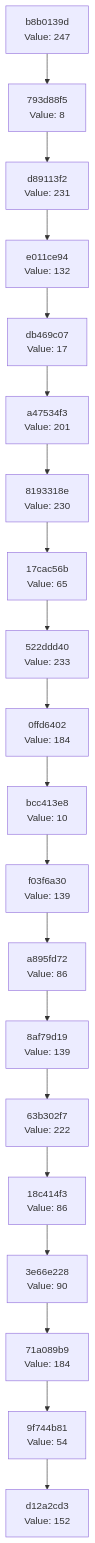
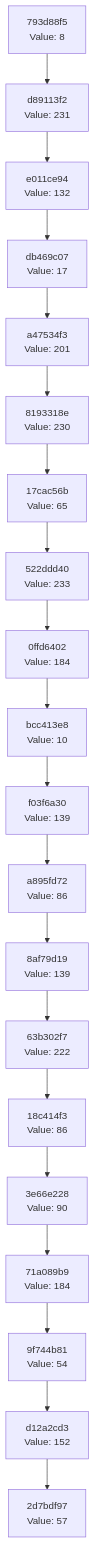
One commit to Abhisheksinha1506/hash-chain-evolver changed the diagram in docs/CHAIN_VISUALIZATION.md. Above: the diagram before and after it, drawn with Mermaid. The commit also changed 2 other files, not shown here.

Commit message:
Evolution Step

````diff
--- a/docs/CHAIN_VISUALIZATION.md
+++ b/docs/CHAIN_VISUALIZATION.md
@@ -3,42 +3,42 @@
 ```mermaid
 graph TD
-    C0["d12a2cd3<br/>Value: 152"]
-    C1["9f744b81<br/>Value: 54"]
+    C0["2d7bdf97<br/>Value: 57"]
+    C1["d12a2cd3<br/>Value: 152"]
     C1 --> C0
-    C2["71a089b9<br/>Value: 184"]
+    C2["9f744b81<br/>Value: 54"]
     C2 --> C1
-    C3["3e66e228<br/>Value: 90"]
+    C3["71a089b9<br/>Value: 184"]
     C3 --> C2
-    C4["18c414f3<br/>Value: 86"]
+    C4["3e66e228<br/>Value: 90"]
     C4 --> C3
-    C5["63b302f7<br/>Value: 222"]
+    C5["18c414f3<br/>Value: 86"]
     C5 --> C4
-    C6["8af79d19<br/>Value: 139"]
+    C6["63b302f7<br/>Value: 222"]
     C6 --> C5
-    C7["a895fd72<br/>Value: 86"]
+    C7["8af79d19<br/>Value: 139"]
     C7 --> C6
-    C8["f03f6a30<br/>Value: 139"]
+    C8["a895fd72<br/>Value: 86"]
     C8 --> C7
-    C9["bcc413e8<br/>Value: 10"]
+    C9["f03f6a30<br/>Value: 139"]
     C9 --> C8
-    C10["0ffd6402<br/>Value: 184"]
+    C10["bcc413e8<br/>Value: 10"]
     C10 --> C9
-    C11["522ddd40<br/>Value: 233"]
+    C11["0ffd6402<br/>Value: 184"]
     C11 --> C10
-    C12["17cac56b<br/>Value: 65"]
+    C12["522ddd40<br/>Value: 233"]
     C12 --> C11
-    C13["8193318e<br/>Value: 230"]
+    C13["17cac56b<br/>Value: 65"]
     C13 --> C12
-    C14["a47534f3<br/>Value: 201"]
+    C14["8193318e<br/>Value: 230"]
     C14 --> C13
-    C15["db469c07<br/>Value: 17"]
+    C15["a47534f3<br/>Value: 201"]
     C15 --> C14
-    C16["e011ce94<br/>Value: 132"]
+    C16["db469c07<br/>Value: 17"]
     C16 --> C15
-    C17["d89113f2<br/>Value: 231"]
+    C17["e011ce94<br/>Value: 132"]
     C17 --> C16
-    C18["793d88f5<br/>Value: 8"]
+    C18["d89113f2<br/>Value: 231"]
     C18 --> C17
-    C19["b8b0139d<br/>Value: 247"]
+    C19["793d88f5<br/>Value: 8"]
     C19 --> C18
 ```
````
